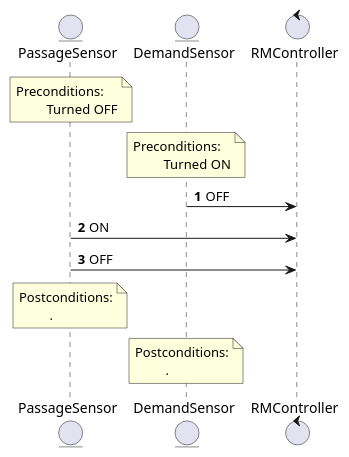
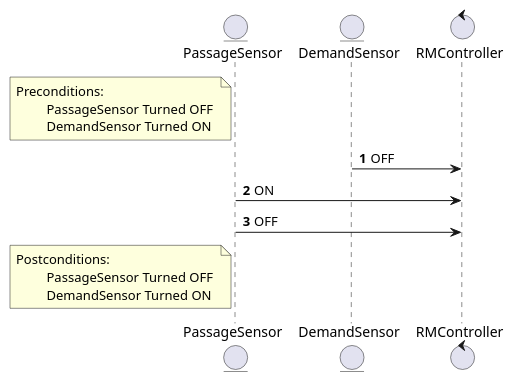
One commit to MaksimKarnaukh/MoSIS changed the diagram in 01_RequirementsChecking/sequence_diagram_req6.puml. Above: the diagram before and after it, drawn with PlantUML. The commit also changed 2 other files, not shown here.

```diff
--- a/01_RequirementsChecking/sequence_diagram_req6.puml
+++ b/01_RequirementsChecking/sequence_diagram_req6.puml
@@ -1,22 +1,20 @@
 @startuml
 autonumber
 
 '6) The passage sensor can only be turned ON once a car leaves the demand
 'sensor shifting from ON to OFF. Another car can only turn the
 'passage sensor ON once it has been turned OFF (the previous car joined the mainline).
 
 entity PassageSensor as PS
 entity DemandSensor as DS
 control RMController as RMC
 
-note over PS : Preconditions:\n\t Turned OFF
-note over DS : Preconditions:\n\t Turned ON
+note left of PS : Preconditions:\n\t PassageSensor Turned OFF \n\t DemandSensor Turned ON
 
 DS -> RMC : OFF
 PS -> RMC : ON
 PS -> RMC : OFF
 
-note over PS : Postconditions:\n\t .
-note over DS : Postconditions:\n\t .
+note left of PS : Postconditions:\n\t PassageSensor Turned OFF \n\t DemandSensor Turned ON
 
 @enduml
```
